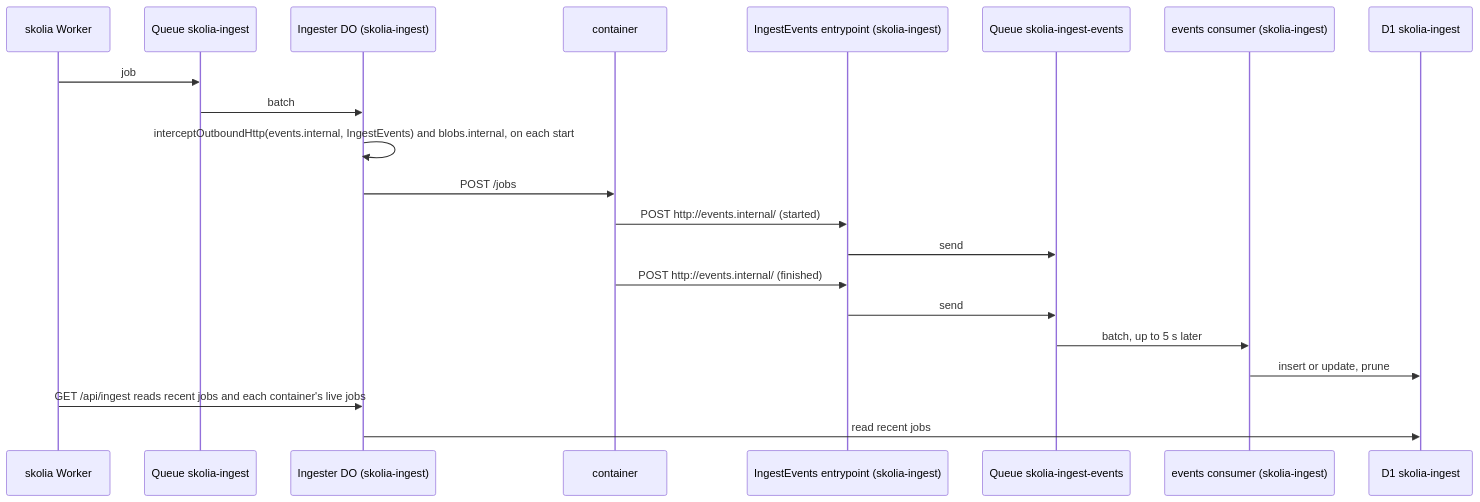
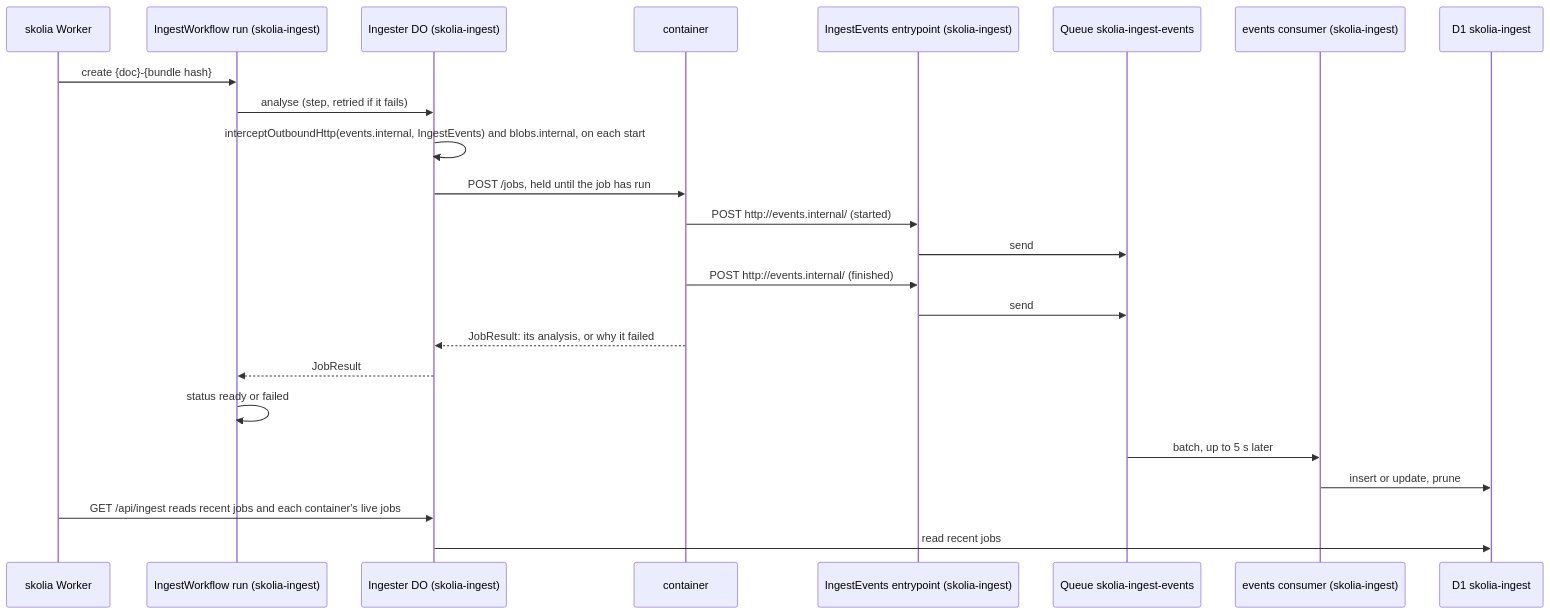
One commit to skolia-io/skolia changed the second of 3 diagrams in ARCHITECTURE.md. Above: the diagram before and after it, drawn with Mermaid. The commit also changed other lines of this file and 29 other files, not shown here.

First line of the commit message:
feat(ingest): run each document's ingest as a workflow that waits for the container's answer (#139)

````diff
--- a/ARCHITECTURE.md
+++ b/ARCHITECTURE.md
@@ -75,23 +74,26 @@
 ```mermaid
 sequenceDiagram
   participant API as skolia Worker
-  participant Q as Queue skolia-ingest
+  participant WF as IngestWorkflow run (skolia-ingest)
   participant DO as Ingester DO (skolia-ingest)
   participant C as container
   participant EV as IngestEvents entrypoint (skolia-ingest)
   participant QE as Queue skolia-ingest-events
   participant ECON as events consumer (skolia-ingest)
   participant IDB as D1 skolia-ingest
-  API->>Q: job
-  Q->>DO: batch
+  API->>WF: create {doc}-{bundle hash}
+  WF->>DO: analyse (step, retried if it fails)
   DO->>DO: interceptOutboundHttp(events.internal, IngestEvents) and blobs.internal, on each start
-  DO->>C: POST /jobs
+  DO->>C: POST /jobs, held until the job has run
   C->>EV: POST http://events.internal/ (started)
   EV->>QE: send
   C->>EV: POST http://events.internal/ (finished)
   EV->>QE: send
+  C-->>DO: JobResult: its analysis, or why it failed
+  DO-->>WF: JobResult
+  WF->>WF: status ready or failed
   QE->>ECON: batch, up to 5 s later
   ECON->>IDB: insert or update, prune
   API->>DO: GET /api/ingest reads recent jobs and each container's live jobs
   DO->>IDB: read recent jobs
 ```
````
